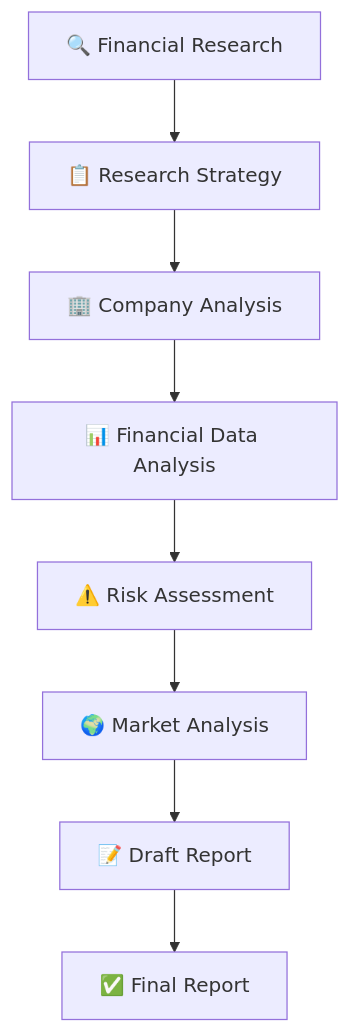
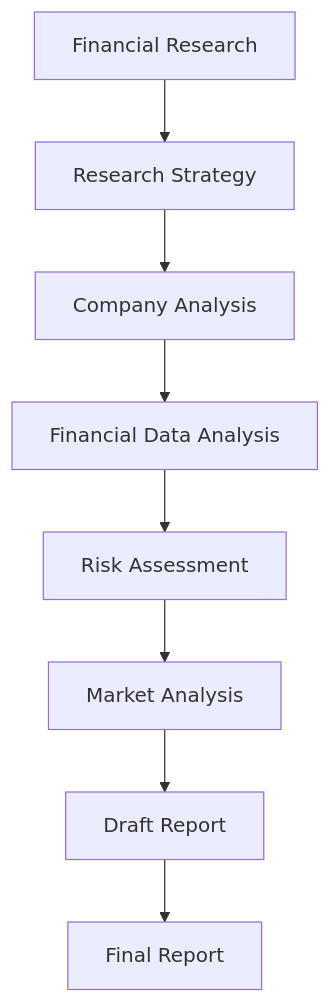
Before and after one commit to FamilOrujov/financial-researcher-agentic-ai: the diagram in README.md, drawn with Mermaid. The commit also changed other lines of this file, not shown here.

````diff
--- a/README.md
+++ b/README.md
@@ -152,10 +152,10 @@
 ```mermaid
 graph TD
-    A[🔍 Financial Research] --> B[📋 Research Strategy]
-    B --> C[🏢 Company Analysis]
-    C --> D[📊 Financial Data Analysis]
-    D --> E[⚠️ Risk Assessment]
-    E --> F[🌍 Market Analysis]
-    F --> G[📝 Draft Report]
-    G --> H[✅ Final Report]
+    A[Financial Research] --> B[Research Strategy]
+    B --> C[Company Analysis]
+    C --> D[Financial Data Analysis]
+    D --> E[Risk Assessment]
+    E --> F[Market Analysis]
+    F --> G[Draft Report]
+    G --> H[Final Report]
 ```
````
